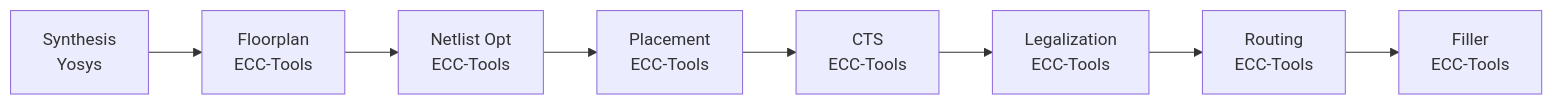
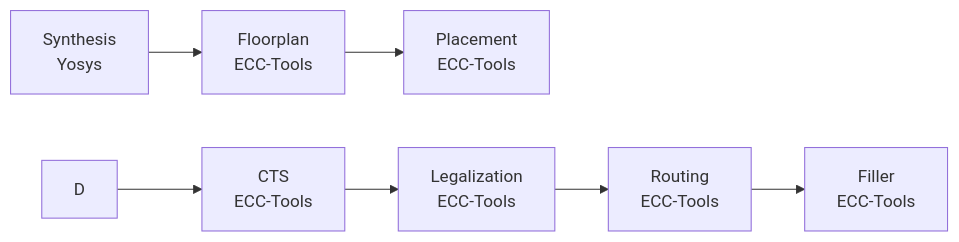
Before and after one commit to Ayoubbelguellaoui/ecc: the diagram in docs/examples/gcd/README.cn.md, drawn with Mermaid. The commit also changed other lines of this file and 52 other files, not shown here.

Commit message:
refactor: remove obsolete flow config and update ecc-tools (#250)

````diff
--- a/docs/examples/gcd/README.cn.md
+++ b/docs/examples/gcd/README.cn.md
@@ -122,10 +118,9 @@
 ```mermaid
 graph LR
     A[Synthesis<br/>Yosys] --> B[Floorplan<br/>ECC-Tools]
-    B --> C[Netlist Opt<br/>ECC-Tools]
-    C --> D[Placement<br/>ECC-Tools]
+    B --> C[Placement<br/>ECC-Tools]
     D --> E[CTS<br/>ECC-Tools]
     E --> F[Legalization<br/>ECC-Tools]
     F --> G[Routing<br/>ECC-Tools]
     G --> H[Filler<br/>ECC-Tools]
 ```
````
